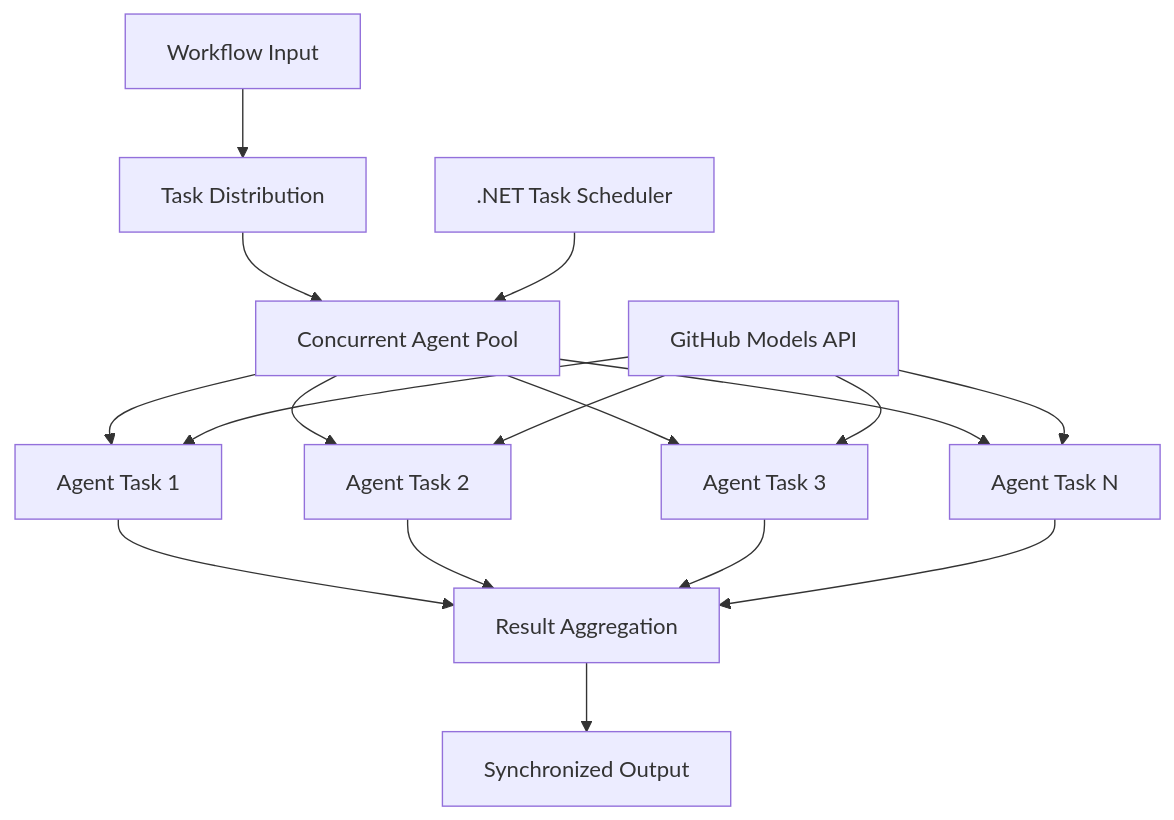
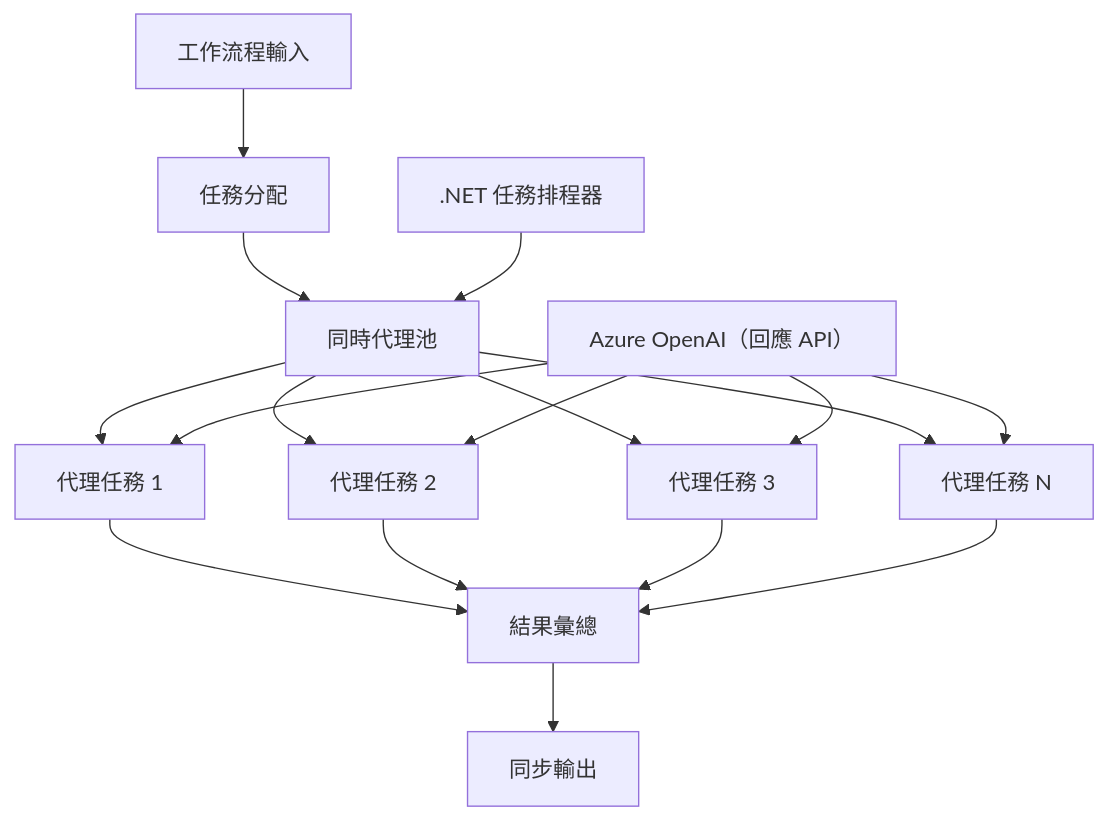
One commit to venturemavenwill/azureaifundamentals changed the diagram in translations/zh-HK/08-multi-agent/code_samples/workflows-agent-framework/dotNET/03.dotnet-agent-framework-workflow-ghmodel-concurrent.md. Above: the diagram before and after it, drawn with Mermaid. The commit also changed other lines of this file and 4861 other files, not shown here.

````diff
--- a/translations/zh-HK/08-multi-agent/code_samples/workflows-agent-framework/dotNET/03.dotnet-agent-framework-workflow-ghmodel-concurrent.md
+++ b/translations/zh-HK/08-multi-agent/code_samples/workflows-agent-framework/dotNET/03.dotnet-agent-framework-workflow-ghmodel-concurrent.md
@@ -71,23 +69,23 @@
 ```mermaid
 graph TD
-    A[Workflow Input] --> B[Task Distribution]
-    B --> C[Concurrent Agent Pool]
-    C --> D[Agent Task 1]
-    C --> E[Agent Task 2]
-    C --> F[Agent Task 3]
-    C --> G[Agent Task N]
+    A[工作流程輸入] --> B[任務分配]
+    B --> C[同時代理池]
+    C --> D[代理任務 1]
+    C --> E[代理任務 2]
+    C --> F[代理任務 3]
+    C --> G[代理任務 N]
     
-    D --> H[Result Aggregation]
+    D --> H[結果彙總]
     E --> H
     F --> H
     G --> H
     
-    H --> I[Synchronized Output]
+    H --> I[同步輸出]
     
-    J[GitHub Models API] --> D
+    J[Azure OpenAI（回應 API）] --> D
     J --> E
     J --> F
     J --> G
     
-    K[.NET Task Scheduler] --> C
+    K[.NET 任務排程器] --> C
 ```
````
